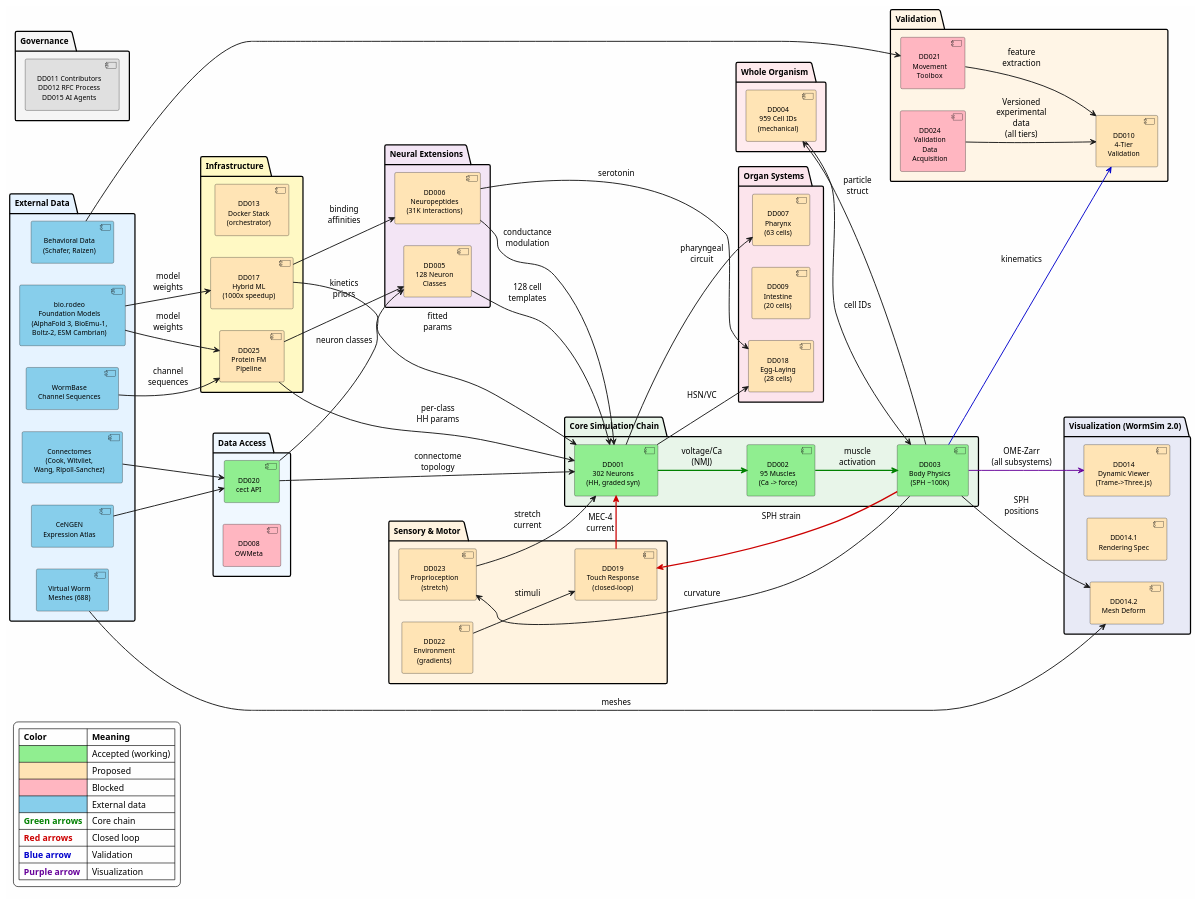
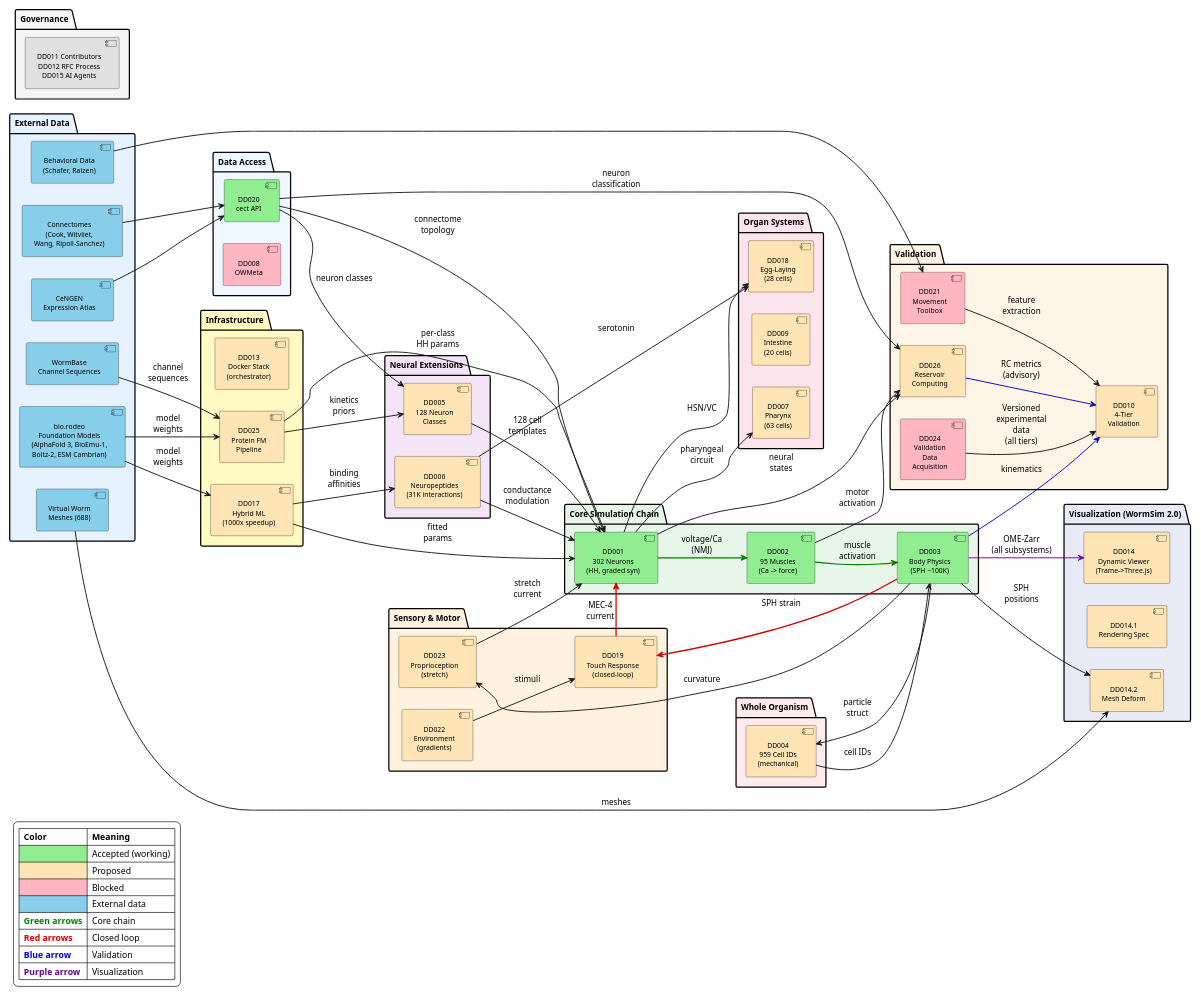
One commit to openworm/openworm_docs changed the diagram in docs/design_documents/INTEGRATION_MAP.md. Above: the diagram before and after it, drawn with PlantUML. The commit also changed other lines of this file and 10 other files, not shown here.

First line of the commit message:
Replace named individuals with role-based titles; add DD026 Reservoir Computing Validation

```diff
--- a/docs/design_documents/INTEGRATION_MAP.md
+++ b/docs/design_documents/INTEGRATION_MAP.md
@@ -118,6 +118,7 @@
   component "DD010\n4-Tier\nValidation" as DD010 #FFE4B5
   component "DD021\nMovement\nToolbox" as DD021 #FFB6C1
   component "DD024\nValidation\nData\nAcquisition" as DD024 #FFB6C1
+  component "DD026\nReservoir\nComputing" as DD026 #FFE4B5
 }
 
 ' === VISUALIZATION ===
@@ -177,6 +178,12 @@
 ext_vw --> DD0142 : meshes
 DD003 --> DD0142 : SPH\npositions
 
+' RC Validation
+DD001 --> DD026 : neural\nstates
+DD002 --> DD026 : motor\nactivation
+DD020 --> DD026 : neuron\nclassification
+DD026 -[#0000CC]-> DD010 : RC metrics\n(advisory)
+
 ' ML & Foundation Models
 ext_bio --> DD025 : model\nweights
 ext_bio --> DD017 : model\nweights
```
